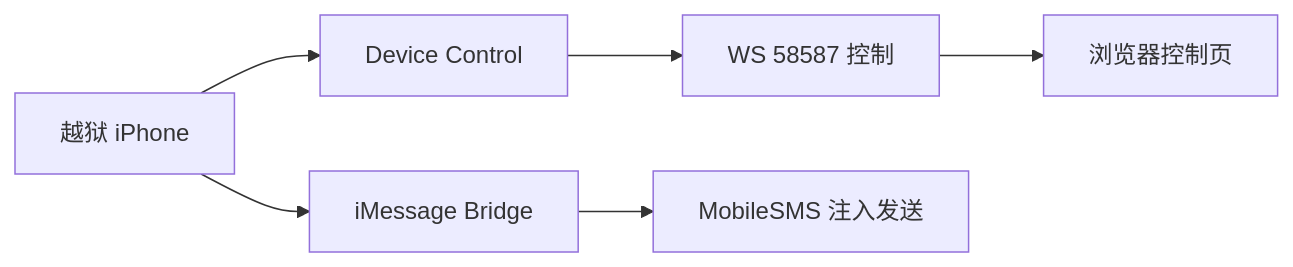
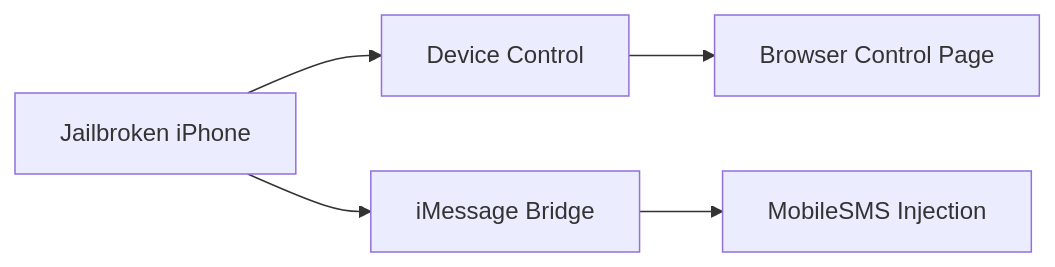
The diagram in README.md (52777fb/ios-remote-control), drawn with Mermaid before and after one commit. The commit also changed other lines of this file, not shown here.

````diff
--- a/README.md
+++ b/README.md
@@ -37,8 +40,7 @@
 ```mermaid
 flowchart LR
-  A["越狱 iPhone"] --> B["Device Control"]
+  A["Jailbroken iPhone"] --> B["Device Control"]
   A --> C["iMessage Bridge"]
-  B --> D["WS 58587 控制"]
-  C --> E["MobileSMS 注入发送"]
-  D --> F["浏览器控制页"]
+  B --> D["Browser Control Page"]
+  C --> E["MobileSMS Injection"]
 ```
````
